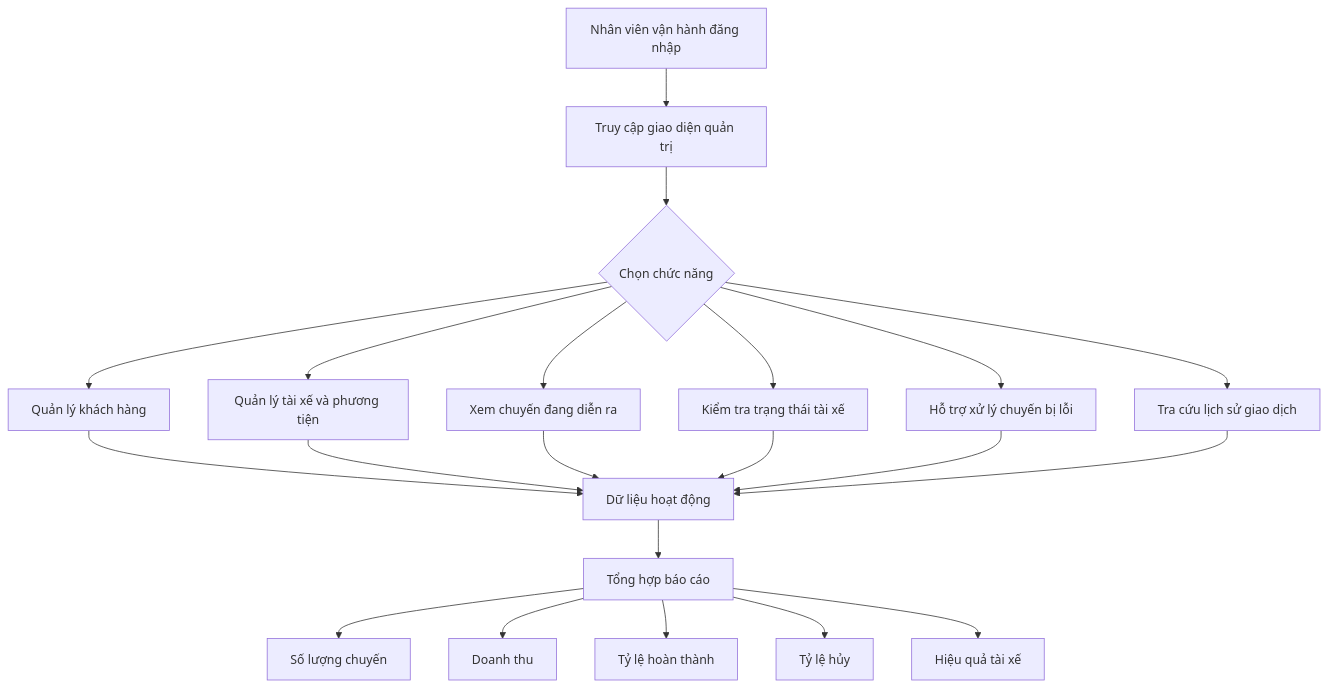
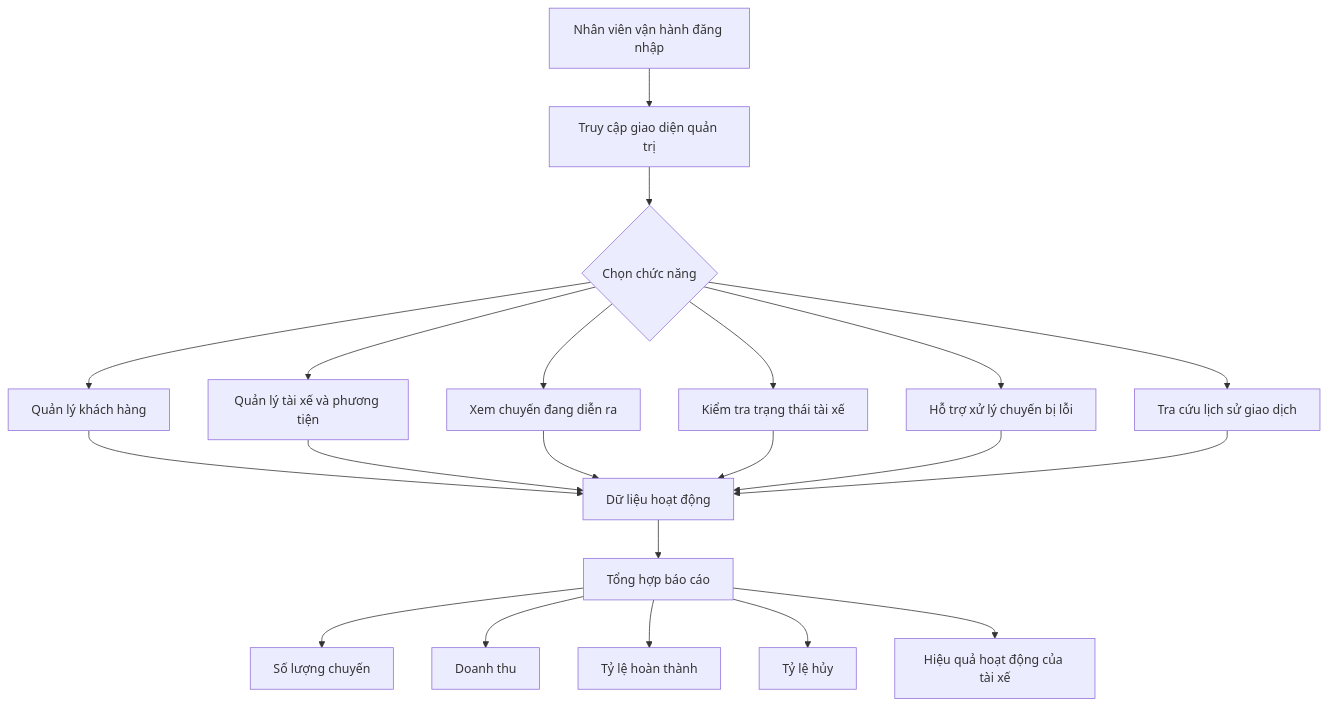
The fourth of 4 diagrams in srs.md (ngoclinh090608-wq/23707801_Nguyen-Thi-Ngoc-Linh_CABSYSTEM), drawn with Mermaid before and after one commit. The commit also changed other lines of this file, not shown here.

````diff
--- a/srs.md
+++ b/srs.md
@@ -187,28 +169,28 @@
 ```mermaid
 flowchart TD
     A[Nhân viên vận hành đăng nhập] --> B[Truy cập giao diện quản trị]
 
     B --> C{Chọn chức năng}
 
     C --> D[Quản lý khách hàng]
     C --> E[Quản lý tài xế và phương tiện]
     C --> F[Xem chuyến đang diễn ra]
     C --> G[Kiểm tra trạng thái tài xế]
     C --> H[Hỗ trợ xử lý chuyến bị lỗi]
     C --> I[Tra cứu lịch sử giao dịch]
 
     D --> J[Dữ liệu hoạt động]
     E --> J
     F --> J
     G --> J
     H --> J
     I --> J
 
     J --> K[Tổng hợp báo cáo]
 
     K --> L[Số lượng chuyến]
     K --> M[Doanh thu]
     K --> N[Tỷ lệ hoàn thành]
     K --> O[Tỷ lệ hủy]
-    K --> P[Hiệu quả tài xế]
+    K --> P[Hiệu quả hoạt động của tài xế]
 ```
````
